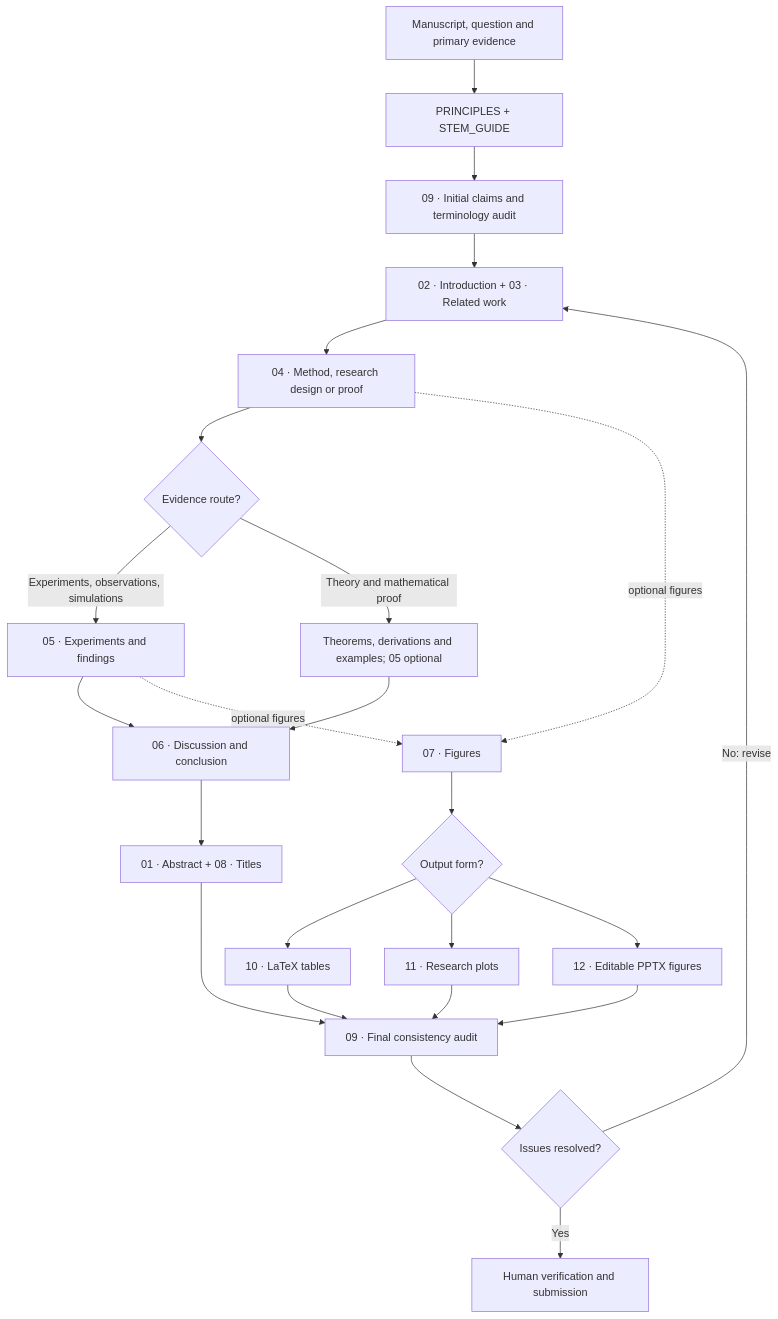
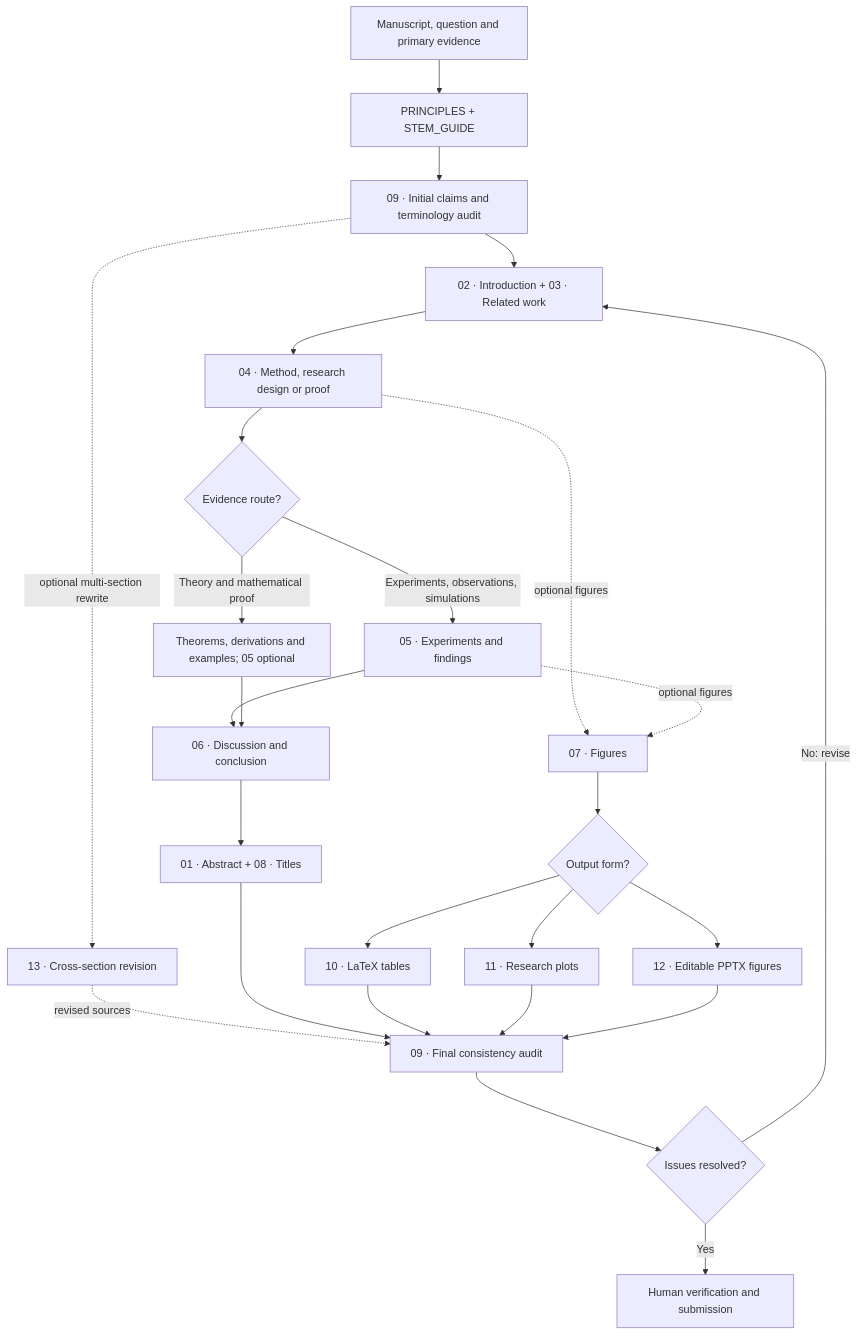
The diagram in WORKFLOW.md (ChenXiangYpily1234/paper-storycraft-skills), drawn with Mermaid before and after one commit. The commit also changed other lines of this file and 9 other files, not shown here.

````diff
--- a/WORKFLOW.md
+++ b/WORKFLOW.md
@@ -9,26 +9,28 @@
 ```mermaid
 flowchart TD
  A["Manuscript, question and primary evidence"] --> B["PRINCIPLES + STEM_GUIDE"]
  B --> C["09 · Initial claims and terminology audit"]
  C --> D["02 · Introduction + 03 · Related work"]
+ C -. optional multi-section rewrite .-> T["13 · Cross-section revision"]
+ T -. revised sources .-> P
  D --> E["04 · Method, research design or proof"]
  E --> F{"Evidence route?"}
  F -->|Experiments, observations, simulations| G["05 · Experiments and findings"]
  F -->|Theory and mathematical proof| H["Theorems, derivations and examples; 05 optional"]
  G --> I["06 · Discussion and conclusion"]
  H --> I
  I --> J["01 · Abstract + 08 · Titles"]
  E -.optional figures.-> K["07 · Figures"]
  G -.optional figures.-> K
  K --> L{"Output form?"}
  L --> M["10 · LaTeX tables"]
  L --> N["11 · Research plots"]
  L --> O["12 · Editable PPTX figures"]
  J --> P["09 · Final consistency audit"]
  M --> P
  N --> P
  O --> P
  P --> Q{"Issues resolved?"}
  Q -->|No: revise| D
  Q -->|Yes| R["Human verification and submission"]
 ```
````
